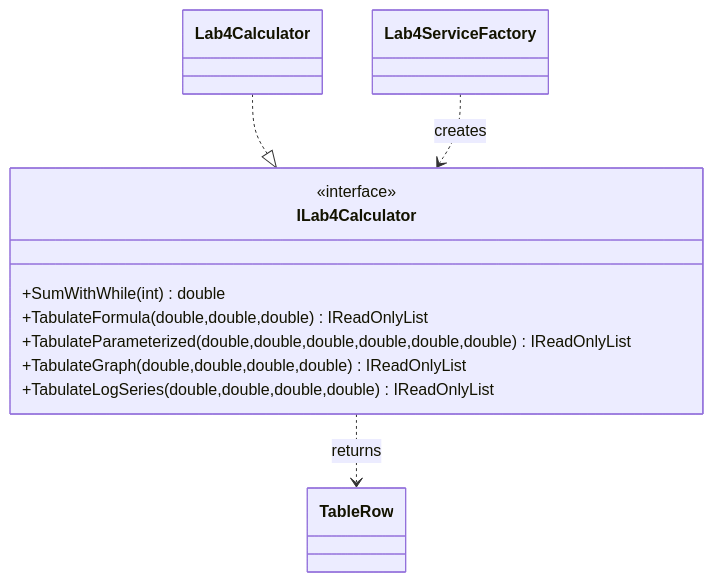
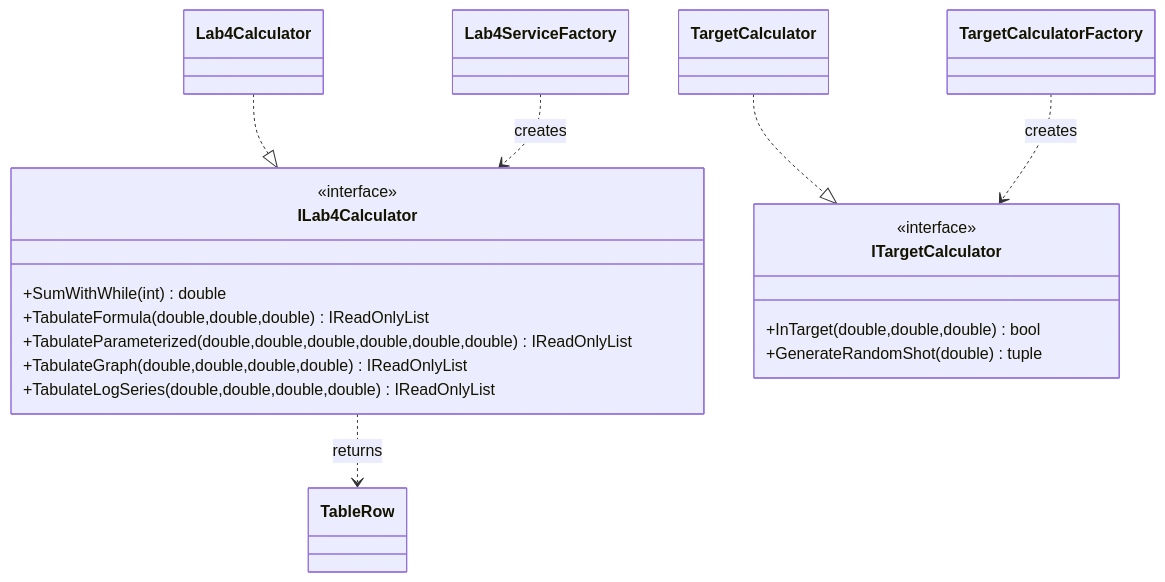
The third of 3 diagrams in Lb4/README.md (lviv-polytech/alg-cs-labs), drawn with Mermaid before and after one commit. The commit also changed other lines of this file and 8 other files, not shown here.

````diff
--- a/Lb4/README.md
+++ b/Lb4/README.md
@@ -49,17 +51,26 @@
 ```mermaid
 classDiagram
     class ILab4Calculator {
         <<interface>>
         +SumWithWhile(int) double
         +TabulateFormula(double,double,double) IReadOnlyList
         +TabulateParameterized(double,double,double,double,double,double) IReadOnlyList
         +TabulateGraph(double,double,double,double) IReadOnlyList
         +TabulateLogSeries(double,double,double,double) IReadOnlyList
     }
+    class ITargetCalculator {
+        <<interface>>
+        +InTarget(double,double,double) bool
+        +GenerateRandomShot(double) tuple
+    }
     class Lab4Calculator
+    class TargetCalculator
     class Lab4ServiceFactory
+    class TargetCalculatorFactory
     class TableRow
     Lab4Calculator ..|> ILab4Calculator
+    TargetCalculator ..|> ITargetCalculator
     Lab4ServiceFactory ..> ILab4Calculator : creates
+    TargetCalculatorFactory ..> ITargetCalculator : creates
     ILab4Calculator ..> TableRow : returns
 ```
````
